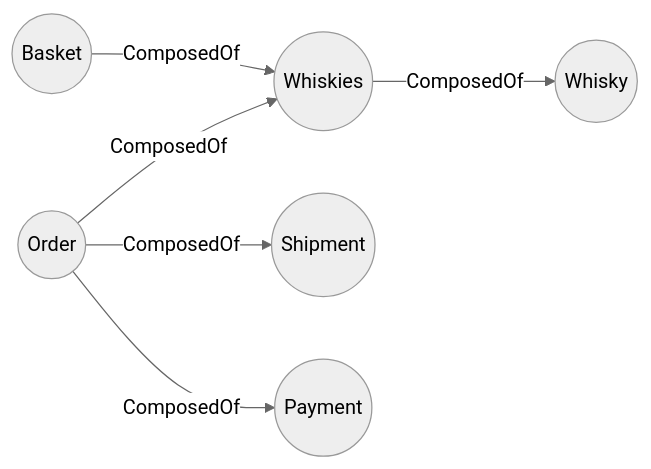
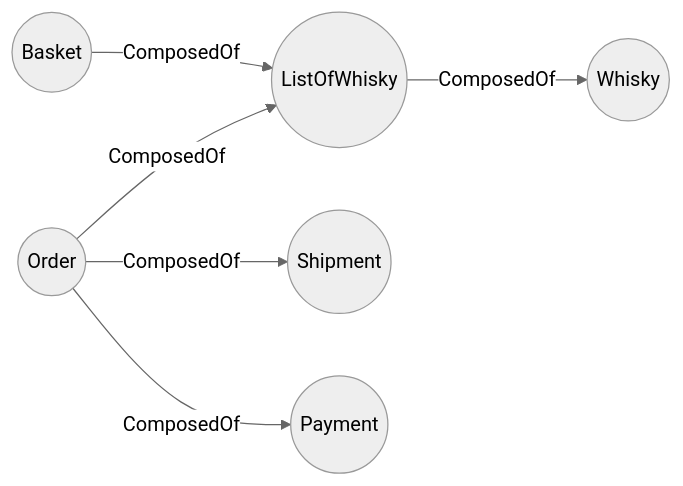
One commit to aniwat0554/assignment-java-boot-camp changed the fourth of 4 diagrams in READMe.md. Above: the diagram before and after it, drawn with Mermaid (neutral theme). The commit also changed other lines of this file, not shown here.

Commit message:
revise scenario and simplify object structure

````diff
--- a/READMe.md
+++ b/READMe.md
@@ -46,8 +46,8 @@
 ```mermaid
     graph LR
-    Whiskies((Whiskies)) -->|ComposedOf| Whisky(("Whisky"))
-    Basket(("Basket")) --> |ComposedOf| Whiskies((Whiskies))
-    Order(("Order")) -->|ComposedOf| Whiskies((Whiskies))
+    Whiskies((ListOfWhisky)) -->|ComposedOf| Whisky(("Whisky"))
+    Basket(("Basket")) --> |ComposedOf| Whiskies((ListOfWhisky))
+    Order(("Order")) -->|ComposedOf| Whiskies((ListOfWhisky))
     Order(("Order")) --> |ComposedOf| Shipment((Shipment))
     Order(("Order")) --> |ComposedOf| Payment((Payment))
 ```
````
